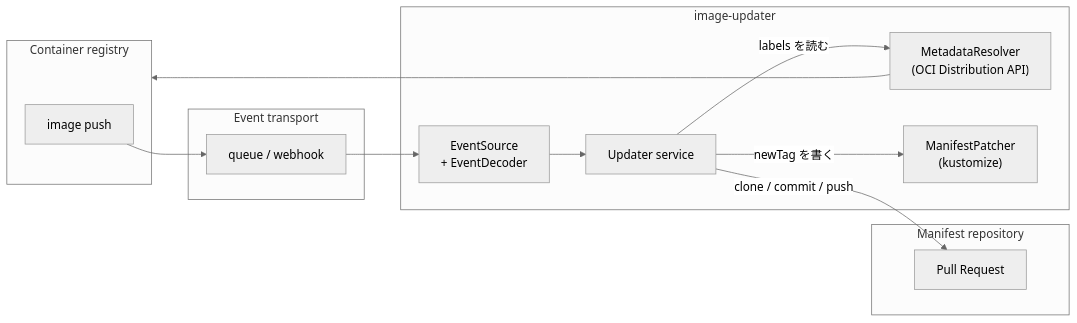
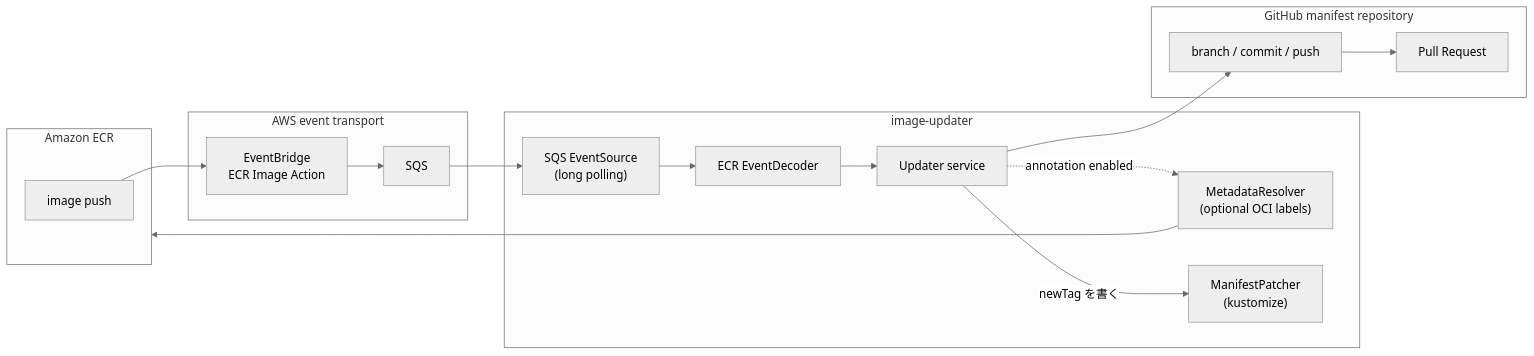
Before and after one commit to murasame29/image-updater: the diagram in README.md, drawn with Mermaid (neutral theme). The commit also changed other lines of this file and 32 other files, not shown here.

````diff
--- a/README.md
+++ b/README.md
@@ -24,26 +25,29 @@
 ```mermaid
 flowchart LR
-    subgraph registry["Container registry"]
+    subgraph registry["Amazon ECR"]
         push["image push"]
     end
 
-    subgraph transport["Event transport"]
-        queue["queue / webhook"]
+    subgraph transport["AWS event transport"]
+        eventbridge["EventBridge<br/>ECR Image Action"]
+        sqs["SQS"]
     end
 
     subgraph app["image-updater"]
-        source["EventSource<br/>+ EventDecoder"]
+        source["SQS EventSource<br/>(long polling)"]
+        decoder["ECR EventDecoder"]
         service["Updater service"]
-        resolver["MetadataResolver<br/>(OCI Distribution API)"]
+        resolver["MetadataResolver<br/>(optional OCI labels)"]
         patcher["ManifestPatcher<br/>(kustomize)"]
     end
 
-    subgraph git["Manifest repository"]
+    subgraph git["GitHub manifest repository"]
+        repository["branch / commit / push"]
         pr["Pull Request"]
     end
 
-    push --> queue --> source --> service
-    service -->|"labels を読む"| resolver --> registry
+    push --> eventbridge --> sqs --> source --> decoder --> service
+    service -.->|"annotation enabled"| resolver --> registry
     service -->|"newTag を書く"| patcher
-    service -->|"clone / commit / push"| pr
+    service --> repository --> pr
 ```
````
